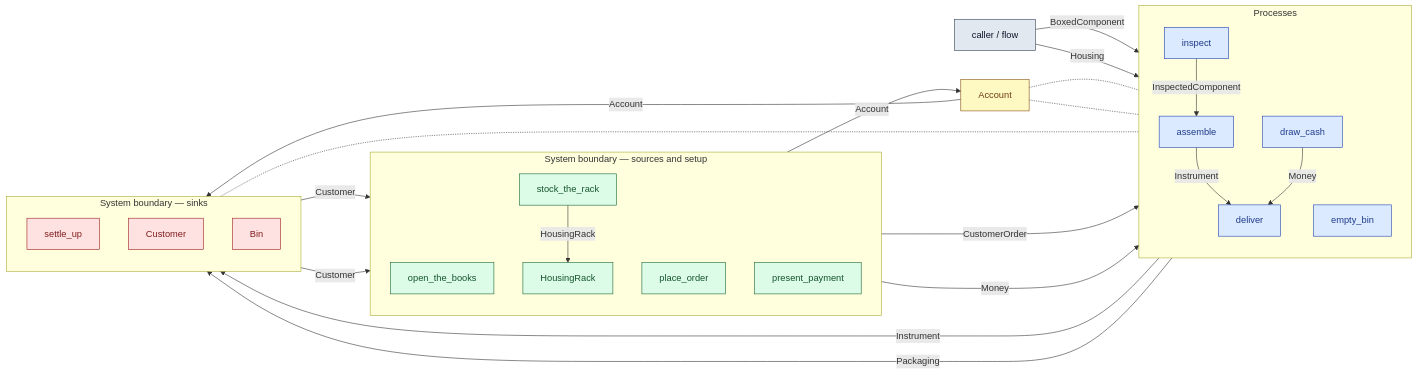
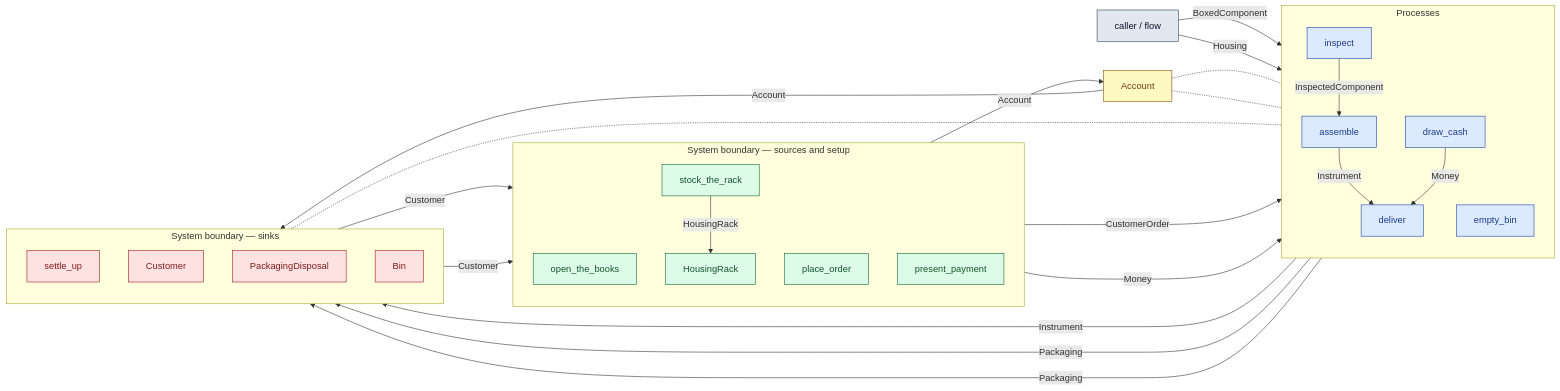
The diagram in docs/diagrams/cs5-works/top-level.md (twalmsley/lavoisier), drawn with Mermaid before and after one commit. The commit also changed other lines of this file and 202 other files, not shown here.

````diff
--- a/docs/diagrams/cs5-works/top-level.md
+++ b/docs/diagrams/cs5-works/top-level.md
@@ -7,67 +7,70 @@
 ```mermaid
 flowchart LR
   classDef process fill:#dbeafe,stroke:#1e40af,color:#1e3a8a;
   classDef boundary fill:#dcfce7,stroke:#166534,color:#14532d;
   classDef sink fill:#fee2e2,stroke:#991b1b,color:#7f1d1d;
   classDef helper fill:#f3e8ff,stroke:#6b21a8,color:#581c87;
   classDef grouping fill:#ffedd5,stroke:#9a3412,color:#7c2d12;
   classDef flowio fill:#e2e8f0,stroke:#334155,color:#0f172a;
   classDef resource fill:#fef9c3,stroke:#854d0e,color:#713f12;
   classDef external fill:#dcfce7,stroke:#166534,color:#14532d;
   classDef system fill:#dbeafe,stroke:#1e40af,color:#1e3a8a;
   subgraph sg_sources["System boundary — sources and setup"]
     direction TB
     n_open_the_books["open_the_books"]:::boundary
     n_place_order["place_order"]:::boundary
     n_present_payment["present_payment"]:::boundary
     n_HousingRack["HousingRack"]:::boundary
     n_stock_the_rack["stock_the_rack"]:::boundary
   end
   subgraph sg_system["Processes"]
     direction TB
     n_draw_cash["draw_cash"]:::process
     n_inspect["inspect"]:::process
     n_assemble["assemble"]:::process
     n_deliver["deliver"]:::process
     n_empty_bin["empty_bin"]:::process
   end
   subgraph sg_sinks["System boundary — sinks"]
     direction TB
     n_settle_up["settle_up"]:::sink
     n_Customer["Customer"]:::sink
+    n_PackagingDisposal["PackagingDisposal"]:::sink
     n_Bin["Bin"]:::sink
   end
   n_Account["Account"]:::resource
   n_caller["caller / flow"]:::flowio
   n_open_the_books -- "Account" --> n_Account
   n_Account -- "Account" --> n_settle_up
   n_caller -- "BoxedComponent" --> n_inspect
   n_Customer -- "Customer" --> n_place_order
   n_Customer -- "Customer" --> n_present_payment
   n_place_order -- "CustomerOrder" --> n_deliver
   n_caller -- "Housing" --> n_assemble
   n_inspect -- "InspectedComponent" --> n_assemble
   n_assemble -- "Instrument" --> n_deliver
   n_draw_cash -- "Money" --> n_deliver
   n_present_payment -- "Money" --> n_deliver
   n_deliver -- "Instrument" --> n_Customer
+  n_empty_bin -- "Packaging" --> n_PackagingDisposal
   n_inspect -- "Packaging" --> n_Bin
   n_stock_the_rack -- "HousingRack" --> n_HousingRack
   n_Account -.- n_deliver
   n_Account -.- n_draw_cash
   n_Bin -.- n_empty_bin
   click n_draw_cash "https://github.com/twalmsley/lavoisier/blob/main/model/cs5-works/src/resources.rs#L391" "model/cs5-works/src/resources.rs"
   click n_inspect "https://github.com/twalmsley/lavoisier/blob/main/model/cs5-works/src/resources.rs#L417" "model/cs5-works/src/resources.rs"
   click n_assemble "https://github.com/twalmsley/lavoisier/blob/main/model/cs5-works/src/resources.rs#L447" "model/cs5-works/src/resources.rs"
   click n_deliver "https://github.com/twalmsley/lavoisier/blob/main/model/cs5-works/src/resources.rs#L488" "model/cs5-works/src/resources.rs"
   click n_empty_bin "https://github.com/twalmsley/lavoisier/blob/main/model/cs5-works/src/resources.rs#L537" "model/cs5-works/src/resources.rs"
   click n_Account "https://github.com/twalmsley/lavoisier/blob/main/model/cs5-works/src/resources.rs#L75" "model/cs5-works/src/resources.rs"
   click n_open_the_books "https://github.com/twalmsley/lavoisier/blob/main/model/cs5-works/src/resources.rs#L303" "model/cs5-works/src/resources.rs"
   click n_settle_up "https://github.com/twalmsley/lavoisier/blob/main/model/cs5-works/src/resources.rs#L315" "model/cs5-works/src/resources.rs"
   click n_Customer "https://github.com/twalmsley/lavoisier/blob/main/model/cs5-works/src/resources.rs#L274" "model/cs5-works/src/resources.rs"
   click n_place_order "https://github.com/twalmsley/lavoisier/blob/main/model/cs5-works/src/resources.rs#L329" "model/cs5-works/src/resources.rs"
   click n_present_payment "https://github.com/twalmsley/lavoisier/blob/main/model/cs5-works/src/resources.rs#L336" "model/cs5-works/src/resources.rs"
+  click n_PackagingDisposal "https://github.com/twalmsley/lavoisier/blob/main/model/cs5-supply/src/resources.rs#L350" "model/cs5-supply/src/resources.rs"
   click n_Bin "https://github.com/twalmsley/lavoisier/blob/main/model/cs5-works/src/resources.rs#L186" "model/cs5-works/src/resources.rs"
   click n_HousingRack "https://github.com/twalmsley/lavoisier/blob/main/model/cs5-works/src/resources.rs#L127" "model/cs5-works/src/resources.rs"
   click n_stock_the_rack "https://github.com/twalmsley/lavoisier/blob/main/model/cs5-works/src/resources.rs#L345" "model/cs5-works/src/resources.rs"
 ```
````
